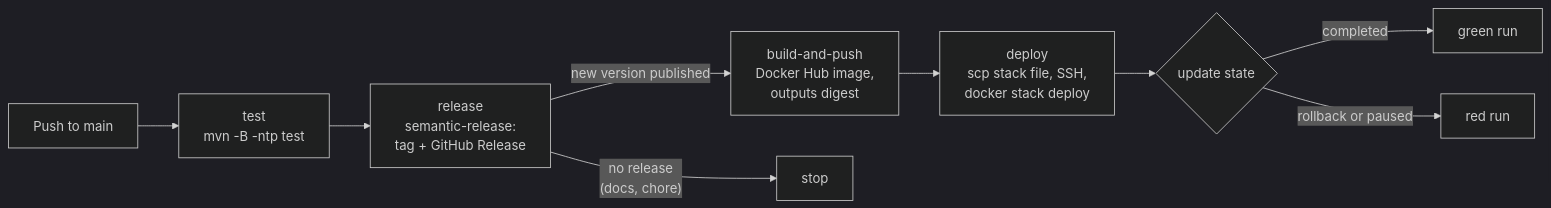
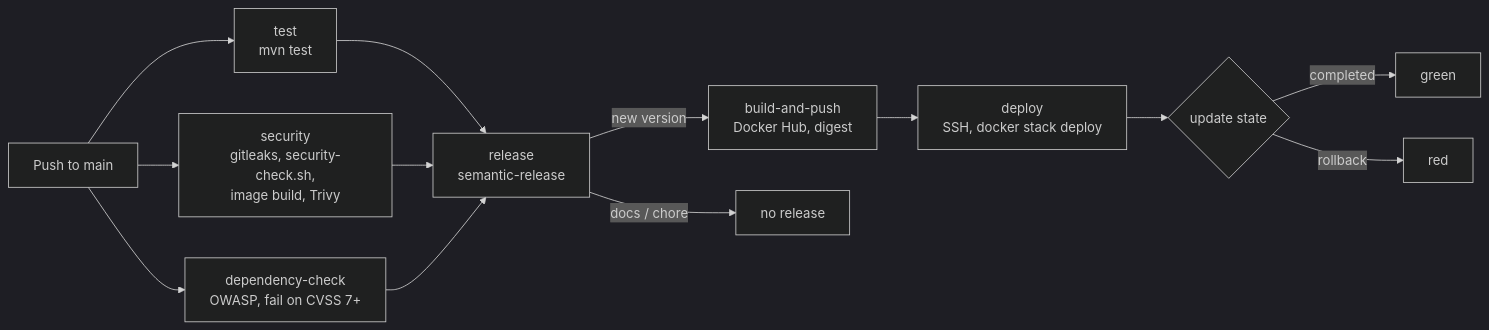
One commit to ensanguine2279/sctp-aie-m4-assignment changed the fourth of 4 diagrams in README.md. Above: the diagram before and after it, drawn with Mermaid (dark theme). The commit also changed other lines of this file and 1 other file, not shown here.

````diff
--- a/README.md
+++ b/README.md
@@ -256,11 +275,15 @@
 ```mermaid
 flowchart LR
-    push["Push to main"] --> test["test<br/>mvn -B -ntp test"]
-    test --> rel["release<br/>semantic-release:<br/>tag + GitHub Release"]
-    rel -->|"new version published"| build["build-and-push<br/>Docker Hub image,<br/>outputs digest"]
-    build --> deploy["deploy<br/>scp stack file, SSH,<br/>docker stack deploy"]
-    rel -->|"no release<br/>(docs, chore)"| stop["stop"]
+    push["Push to main"] --> test["test<br/>mvn test"]
+    push --> sec["security<br/>gitleaks, security-check.sh,<br/>image build, Trivy"]
+    push --> dc["dependency-check<br/>OWASP, fail on CVSS 7+"]
+    test --> rel["release<br/>semantic-release"]
+    sec --> rel
+    dc --> rel
+    rel -->|"new version"| build["build-and-push<br/>Docker Hub, digest"]
+    rel -->|"docs / chore"| stop["no release"]
+    build --> deploy["deploy<br/>SSH, docker stack deploy"]
     deploy --> wait{"update state"}
-    wait -->|completed| ok["green run"]
-    wait -->|"rollback or paused"| fail["red run"]
+    wait -->|"completed"| ok["green"]
+    wait -->|"rollback"| fail["red"]
 ```
````
